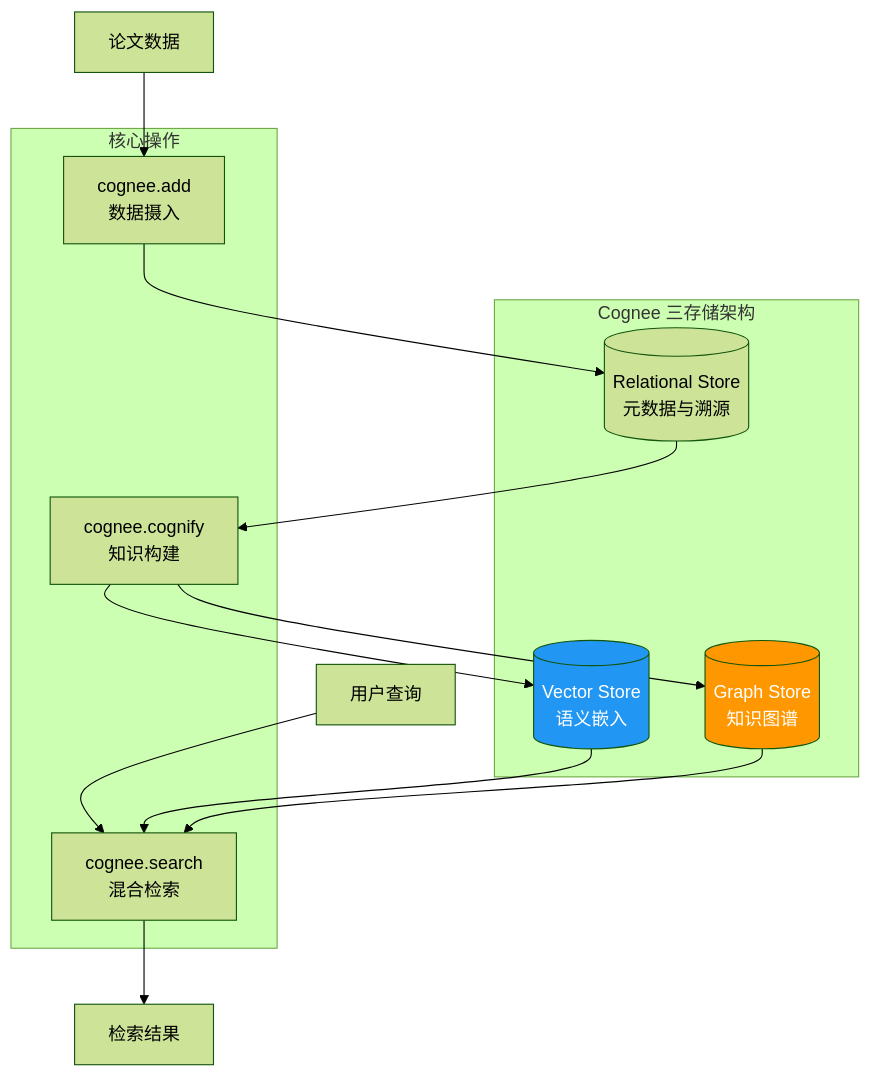
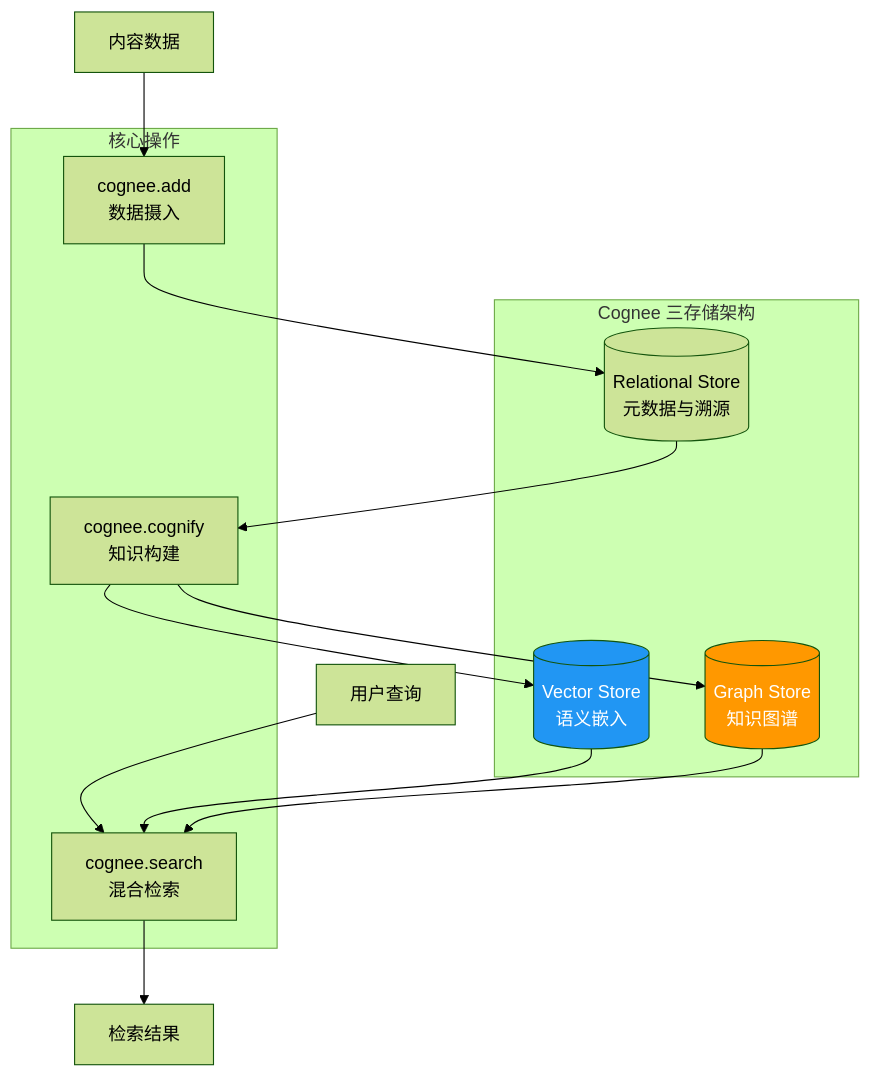
Before and after one commit to ThreeFish-AI/agentic-ai-cognizes: the ninth of 14 diagrams in docs/000-prd-architecture.md, drawn with Mermaid (forest theme). The commit also changed other lines of this file and 1 other file, not shown here.

First line of the commit message:
docs(Architecture): 统一文档路径引用，优化术语一致性;

````diff
--- a/docs/000-prd-architecture.md
+++ b/docs/000-prd-architecture.md
@@ -422,25 +422,25 @@
 ```mermaid
 flowchart TB
     subgraph "Cognee 三存储架构"
         R[(Relational Store<br/>元数据与溯源)]
         V[(Vector Store<br/>语义嵌入)]
         G[(Graph Store<br/>知识图谱)]
     end
 
     subgraph "核心操作"
         Add[cognee.add<br/>数据摄入]
         Cognify[cognee.cognify<br/>知识构建]
         Search[cognee.search<br/>混合检索]
     end
 
-    Input[论文数据] --> Add
+    Input[内容数据] --> Add
     Add --> R
     R --> Cognify
     Cognify --> V & G
     Query[用户查询] --> Search
     V & G --> Search
     Search --> Result[检索结果]
 
     style V fill:#2196f3,color:#fff
     style G fill:#ff9800,color:#fff
 ```
````
